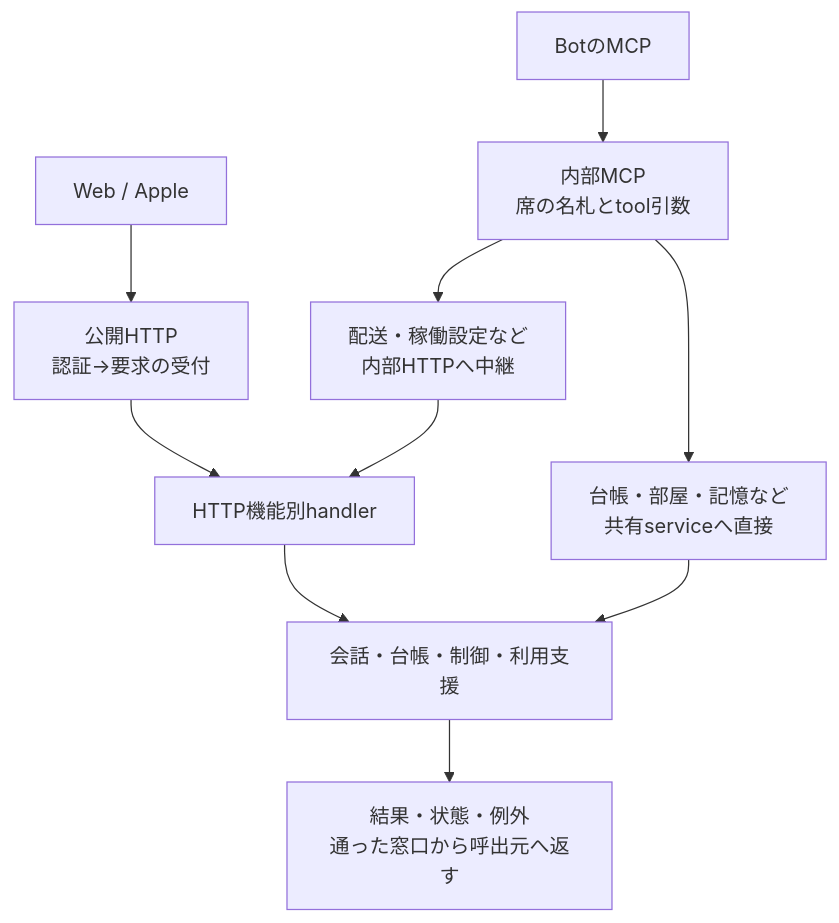
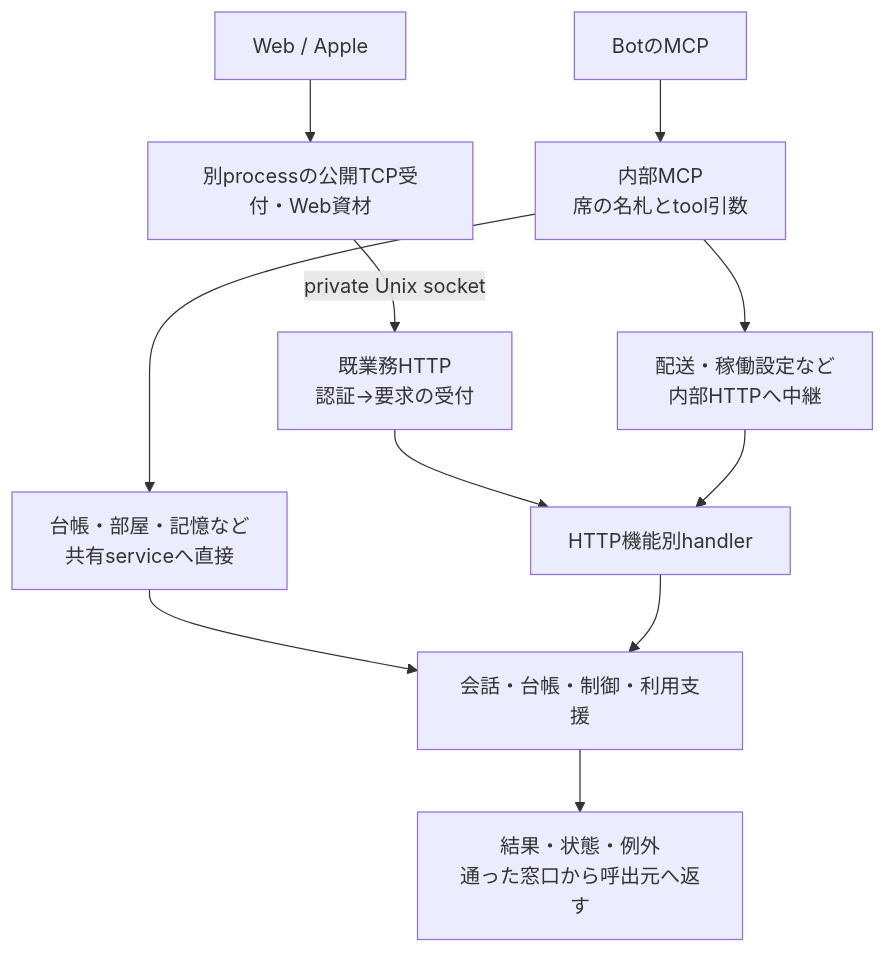
Before and after one commit to kitepon/BellTeam: the diagram in docs/architecture/entrypoints.md, drawn with Mermaid. The commit also changed other lines of this file and 9 other files, not shown here.

````diff
--- a/docs/architecture/entrypoints.md
+++ b/docs/architecture/entrypoints.md
@@ -7,12 +7,13 @@
 ```mermaid
 flowchart TB
-  Web["Web / Apple"] --> Public["公開HTTP<br/>認証→要求の受付"]
+  Web["Web / Apple"] --> Gateway["別processの公開TCP受付・Web資材"]
+  Gateway -->|"private Unix socket"| Public["既業務HTTP<br/>認証→要求の受付"]
   CLI["BotのMCP"] --> Seat["内部MCP<br/>席の名札とtool引数"]
   Seat --> Direct["台帳・部屋・記憶など<br/>共有serviceへ直接"]
   Seat --> Loop["配送・稼働設定など<br/>内部HTTPへ中継"]
   Public --> API["HTTP機能別handler"]
   Loop --> API
   Direct --> Service["会話・台帳・制御・利用支援"]
   API --> Service
   Service --> Result["結果・状態・例外<br/>通った窓口から呼出元へ返す"]
 ```
````
